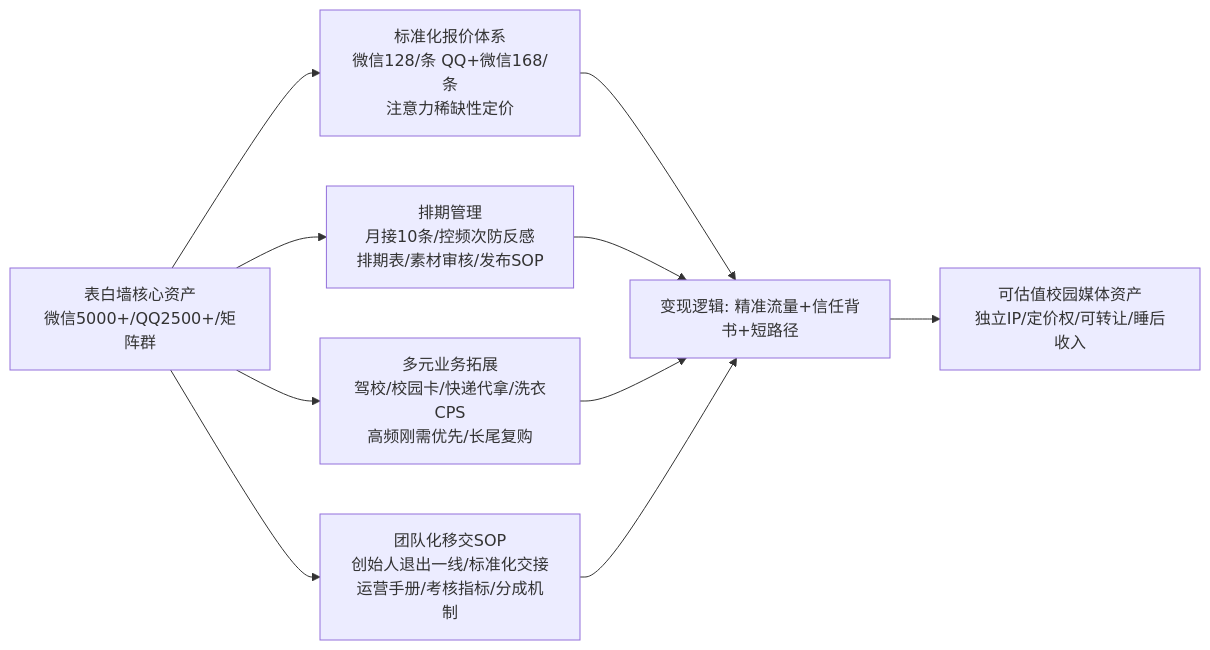
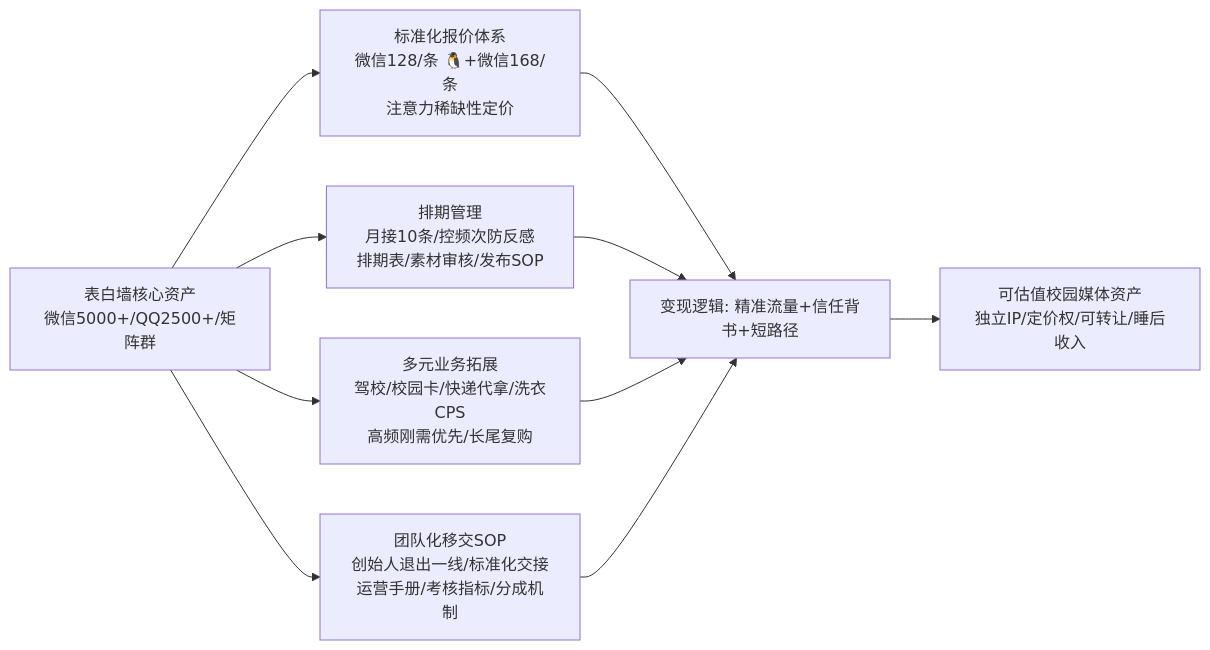
The ninth of 20 diagrams in docs/202303_paper2textbook/asset/body_fix_2a77581c5af5cacf2c736ac308a8f564_4c9e76ce0d66eb1d0f6eb56ae81b920f_1ad407b61a7df26dbe675c33f863b99d_b45ecdf777756e9875ab13be7b2caeb9.md (OpenDocCN1/flygon-zhuanqian-zhoubao), drawn with Mermaid before and after one commit. The commit also changed other lines of this file and 6688 other files, not shown here.

````diff
--- a/docs/202303_paper2textbook/asset/body_fix_2a77581c5af5cacf2c736ac308a8f564_4c9e76ce0d66eb1d0f6eb56ae81b920f_1ad407b61a7df26dbe675c33f863b99d_b45ecdf777756e9875ab13be7b2caeb9.md
+++ b/docs/202303_paper2textbook/asset/body_fix_2a77581c5af5cacf2c736ac308a8f564_4c9e76ce0d66eb1d0f6eb56ae81b920f_1ad407b61a7df26dbe675c33f863b99d_b45ecdf777756e9875ab13be7b2caeb9.md
@@ -496,14 +496,14 @@
 ```mermaid
 flowchart LR
-    A[表白墙核心资产<br/>微信5000+/QQ2500+/矩阵群] --> B[标准化报价体系<br/>微信128/条 QQ+微信168/条<br/>注意力稀缺性定价]
+    A[表白墙核心资产<br/>微信5000+/QQ2500+/矩阵群] --> B[标准化报价体系<br/>微信128/条 🐧+微信168/条<br/>注意力稀缺性定价]
     A --> C[排期管理<br/>月接10条/控频次防反感<br/>排期表/素材审核/发布SOP]
     A --> D[多元业务拓展<br/>驾校/校园卡/快递代拿/洗衣CPS<br/>高频刚需优先/长尾复购]
     A --> E[团队化移交SOP<br/>创始人退出一线/标准化交接<br/>运营手册/考核指标/分成机制]
     
     B --> F[变现逻辑: 精准流量+信任背书+短路径]
     C --> F
     D --> F
     E --> F
     
     F --> G[可估值校园媒体资产<br/>独立IP/定价权/可转让/睡后收入]
 ```
````
